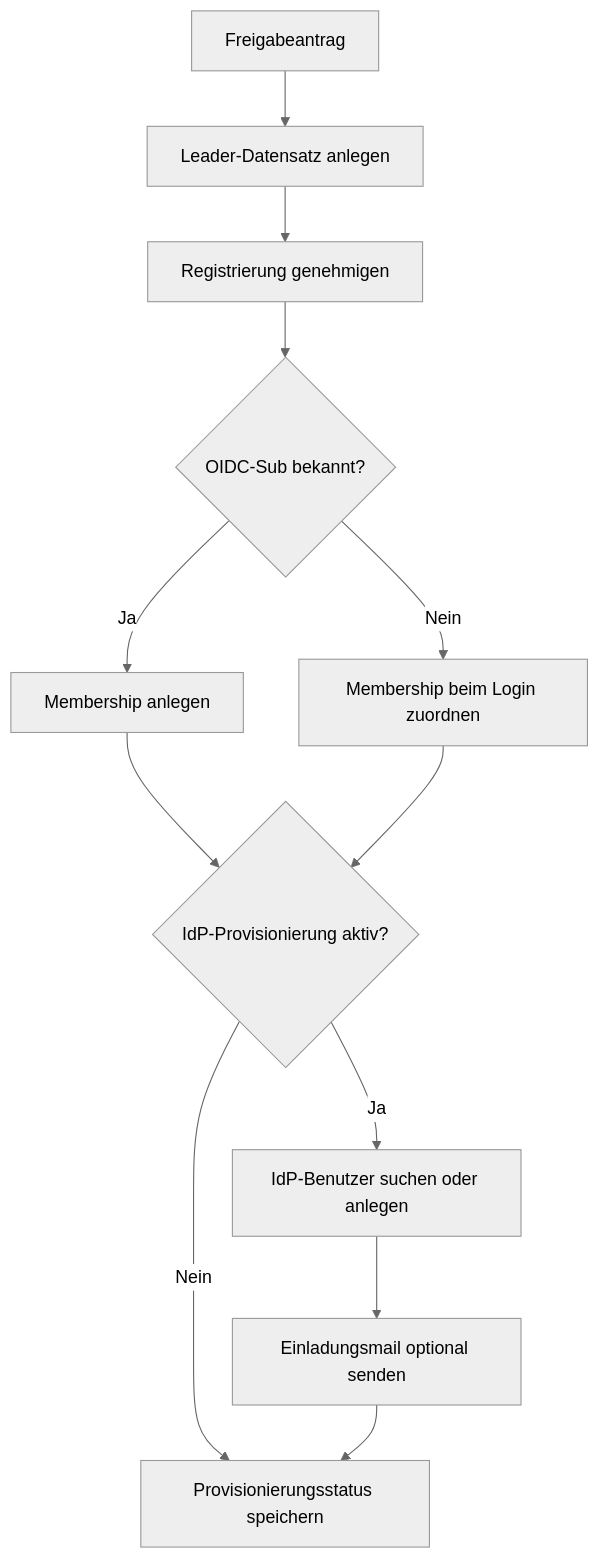
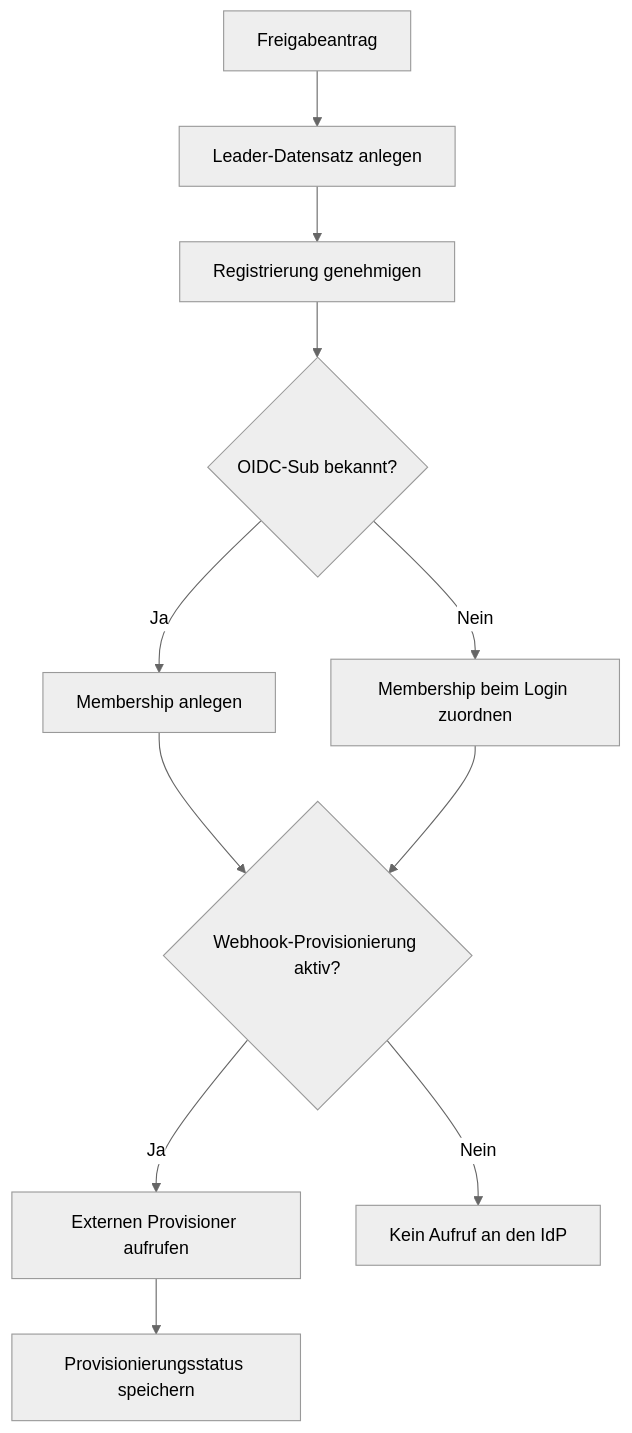
Before and after one commit to stritti/nak-district-planner: the first of 2 diagrams in docs/features/approval-workflow.md, drawn with Mermaid (neutral theme). The commit also changed other lines of this file and 29 other files, not shown here.

````diff
--- a/docs/features/approval-workflow.md
+++ b/docs/features/approval-workflow.md
@@ -28,14 +28,13 @@
 ```mermaid
 flowchart TD
   A[Freigabeantrag] --> B[Leader-Datensatz anlegen]
   B --> C[Registrierung genehmigen]
   C --> D{OIDC-Sub bekannt?}
   D -->|Ja| E[Membership anlegen]
   D -->|Nein| F[Membership beim Login zuordnen]
-  E --> G{IdP-Provisionierung aktiv?}
+  E --> G{Webhook-Provisionierung aktiv?}
   F --> G
-  G -->|Ja| H[IdP-Benutzer suchen oder anlegen]
-  H --> I[Einladungsmail optional senden]
-  G -->|Nein| J[Provisionierungsstatus speichern]
-  I --> J
+  G -->|Ja| H[Externen Provisioner aufrufen]
+  G -->|Nein| J[Kein Aufruf an den IdP]
+  H --> I[Provisionierungsstatus speichern]
 ```
````
